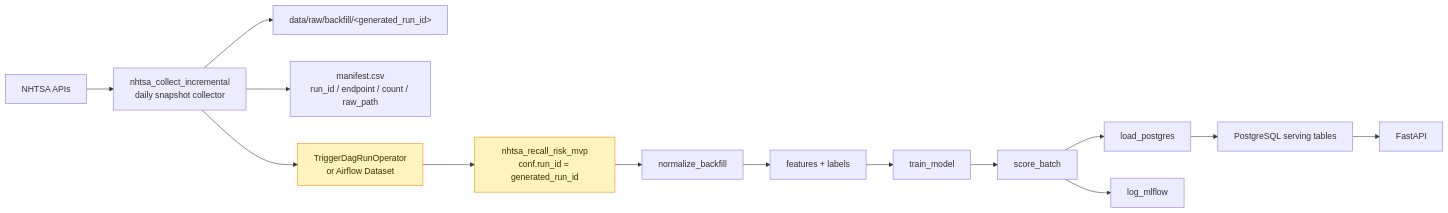
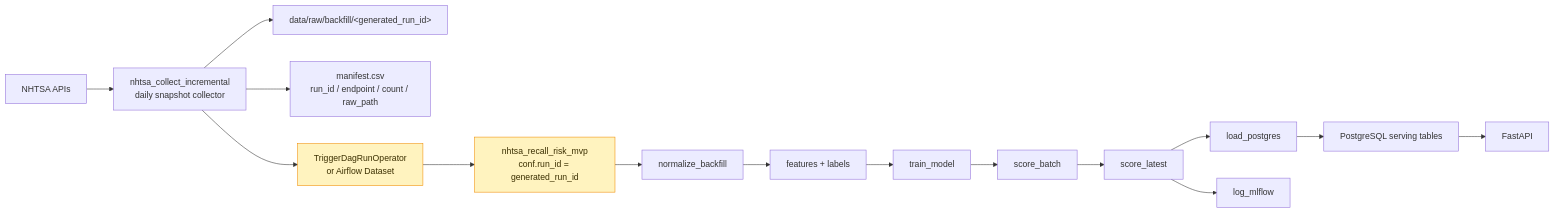
One commit to belucent0/vehicle-recall-risk-mlops changed the third of 5 diagrams in docs/ARCHITECTURE_VISUALIZATION.md. Above: the diagram before and after it, drawn with Mermaid. The commit also changed other lines of this file and 15 other files, not shown here.

````diff
--- a/docs/ARCHITECTURE_VISUALIZATION.md
+++ b/docs/ARCHITECTURE_VISUALIZATION.md
@@ -156,21 +163,22 @@
 ```mermaid
 flowchart LR
     nhtsa["NHTSA APIs"] --> collect["nhtsa_collect_incremental<br/>daily snapshot collector"]
     collect --> raw["data/raw/backfill/&lt;generated_run_id&gt;"]
     collect --> manifest["manifest.csv<br/>run_id / endpoint / count / raw_path"]
 
     collect --> handoff["TriggerDagRunOperator<br/>or Airflow Dataset"]
     handoff --> process["nhtsa_recall_risk_mvp<br/>conf.run_id = generated_run_id"]
 
     process --> normalize["normalize_backfill"]
     normalize --> features["features + labels"]
     features --> train["train_model"]
     train --> score["score_batch"]
-    score --> load["load_postgres"]
-    score --> mlflow["log_mlflow"]
+    score --> latest_score["score_latest"]
+    latest_score --> load["load_postgres"]
+    latest_score --> mlflow["log_mlflow"]
     load --> postgres["PostgreSQL serving tables"]
     postgres --> api["FastAPI"]
 
     classDef next fill:#fff3bf,stroke:#f08c00,color:#3b2f00;
     class handoff,process next;
 ```
````
